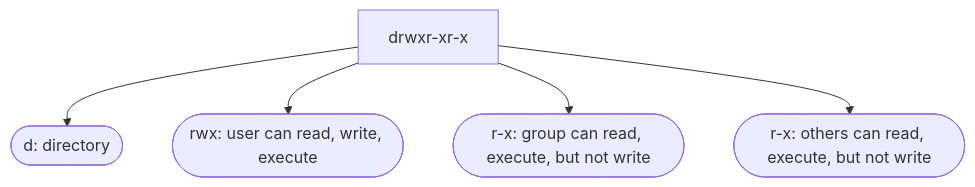
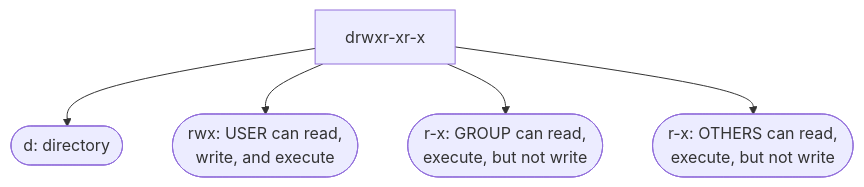
The third of 3 diagrams in README.md (allison-matthews/unixtutorial), drawn with Mermaid before and after one commit. The commit also changed other lines of this file, not shown here.

````diff
--- a/README.md
+++ b/README.md
@@ -42,8 +93,8 @@
 ```mermaid
 flowchart TD
 	A[drwxr-xr-x];
 	A --> B([d: directory]);
-	A --> C([rwx: user can read, write, execute]);
-	A --> D([r-x: group can read, execute, but not write]);
-	A --> E([r-x: others can read, execute, but not write])
+	A --> C([rwx: USER can read, <br/> write, and execute]);
+	A --> D([r-x: GROUP can read, <br/> execute, but not write]);
+	A --> E([r-x: OTHERS can read, <br/> execute, but not write])
 ```
````
